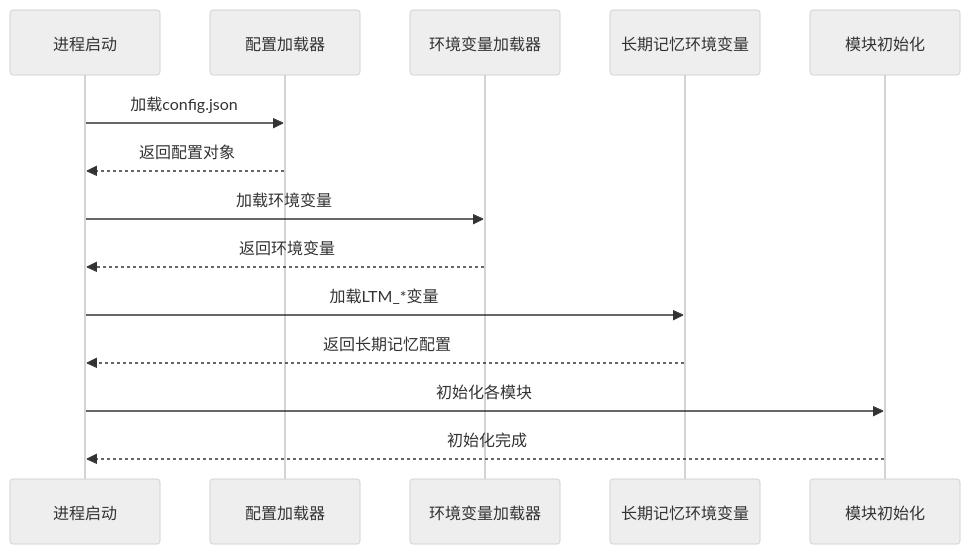
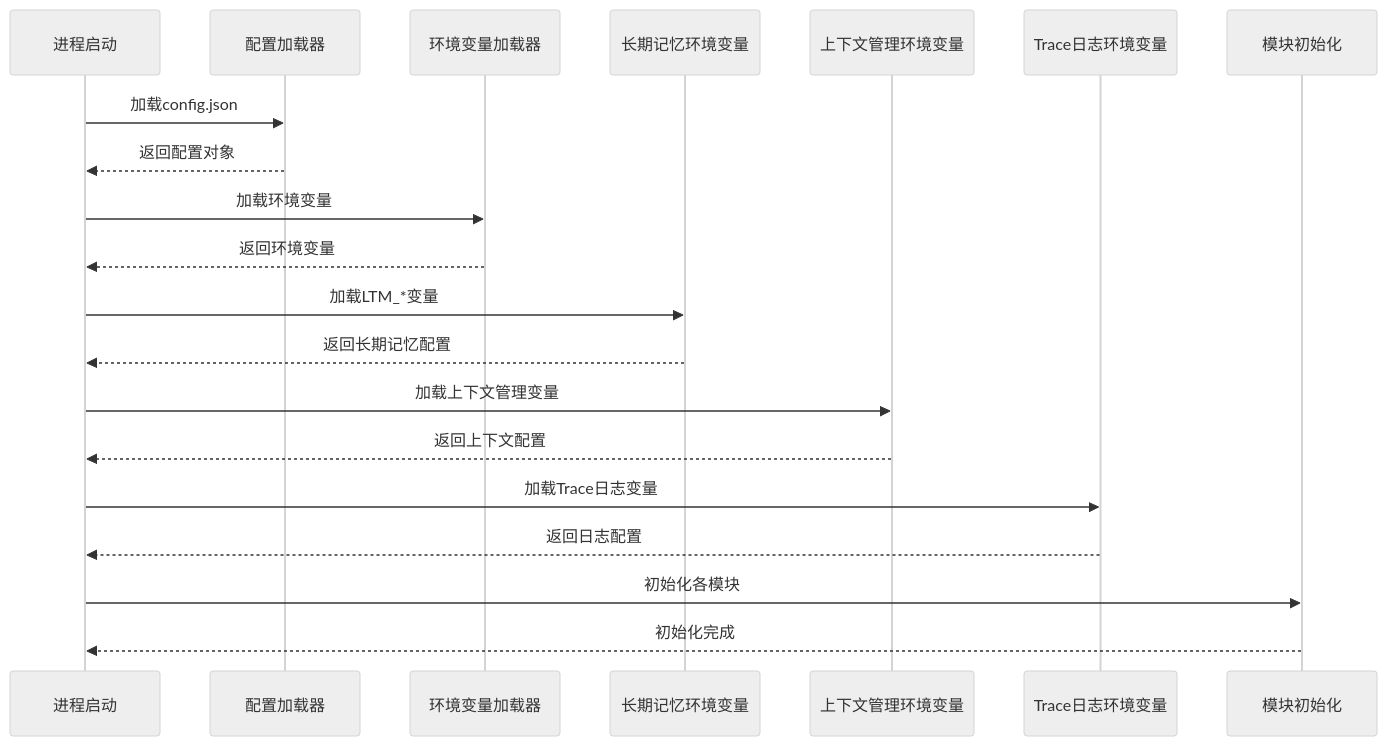
Diagram 26 of 26 in .qoder/repowiki/zh/content/配置管理/配置管理.md (HanHuiOnLine/724-office), drawn with Mermaid (neutral theme) before and after one commit. The commit also changed other lines of this file and 10 other files, not shown here.

````diff
--- a/.qoder/repowiki/zh/content/配置管理/配置管理.md
+++ b/.qoder/repowiki/zh/content/配置管理/配置管理.md
@@ -727,16 +1028,22 @@
 ```mermaid
 sequenceDiagram
 participant Process as 进程启动
 participant ConfigLoader as 配置加载器
 participant EnvLoader as 环境变量加载器
 participant LongTermEnvLoader as 长期记忆环境变量
+participant ContextEnvLoader as 上下文管理环境变量
+participant TraceEnvLoader as Trace日志环境变量
 participant Modules as 模块初始化
 Process->>ConfigLoader : 加载config.json
 ConfigLoader-->>Process : 返回配置对象
 Process->>EnvLoader : 加载环境变量
 EnvLoader-->>Process : 返回环境变量
 Process->>LongTermEnvLoader : 加载LTM_*变量
 LongTermEnvLoader-->>Process : 返回长期记忆配置
+Process->>ContextEnvLoader : 加载上下文管理变量
+ContextEnvLoader-->>Process : 返回上下文配置
+Process->>TraceEnvLoader : 加载Trace日志变量
+TraceEnvLoader-->>Process : 返回日志配置
 Process->>Modules : 初始化各模块
 Modules-->>Process : 初始化完成
 ```
````
